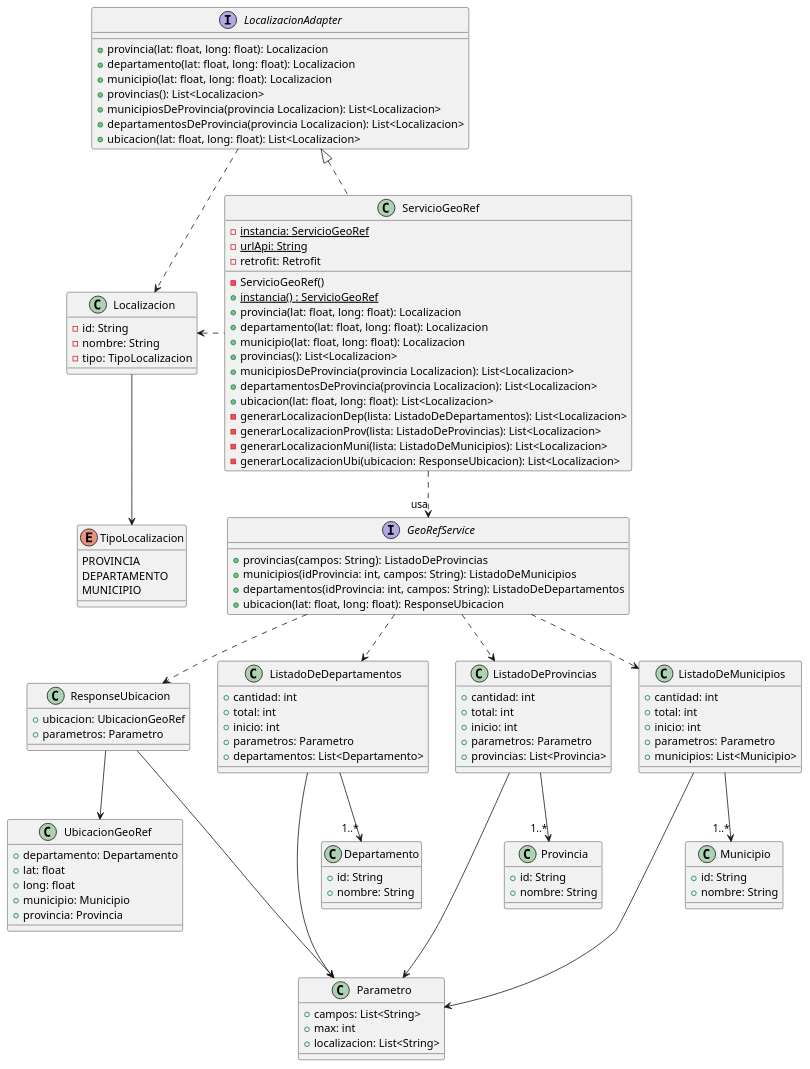
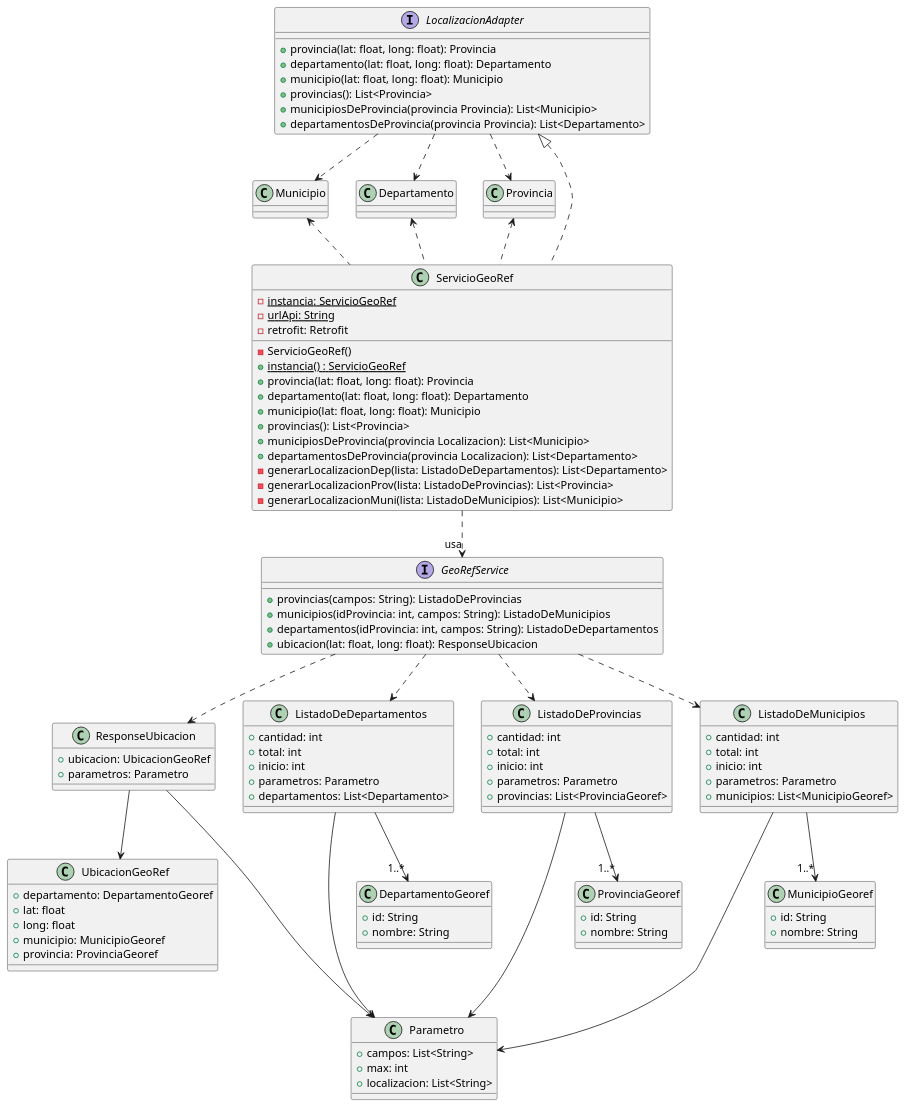
Before and after one commit to mbertogliati/dds-tpa: the diagram in DC/georef.puml, drawn with PlantUML. The commit also changed 4 other files, not shown here.

```diff
--- a/DC/georef.puml
+++ b/DC/georef.puml
@@ -1,129 +1,116 @@
 @startuml
 
 interface LocalizacionAdapter{
-    + provincia(lat: float, long: float): Localizacion
-    + departamento(lat: float, long: float): Localizacion
-    + municipio(lat: float, long: float): Localizacion
-    + provincias(): List<Localizacion>
-    + municipiosDeProvincia(provincia Localizacion): List<Localizacion>
-    + departamentosDeProvincia(provincia Localizacion): List<Localizacion>
-    + ubicacion(lat: float, long: float): List<Localizacion>
+    + provincia(lat: float, long: float): Provincia
+    + departamento(lat: float, long: float): Departamento
+    + municipio(lat: float, long: float): Municipio
+    + provincias(): List<Provincia>
+    + municipiosDeProvincia(provincia Provincia): List<Municipio>
+    + departamentosDeProvincia(provincia Provincia): List<Departamento>
 }
+LocalizacionAdapter ..> Provincia
+LocalizacionAdapter ..> Departamento
+LocalizacionAdapter ..> Municipio
 
 interface GeoRefService{
     + provincias(campos: String): ListadoDeProvincias
     + municipios(idProvincia: int, campos: String): ListadoDeMunicipios
     + departamentos(idProvincia: int, campos: String): ListadoDeDepartamentos
     + ubicacion(lat: float, long: float): ResponseUbicacion
 }
 
 ServicioGeoRef .up.|> LocalizacionAdapter
-LocalizacionAdapter ..> Localizacion
+
+ServicioGeoRef .up.> Provincia
+ServicioGeoRef .up.> Departamento
+ServicioGeoRef .up.> Municipio
 
 class ServicioGeoRef{
     {static} -instancia: ServicioGeoRef
     {static} -urlApi: String
     - retrofit: Retrofit
 
     -ServicioGeoRef()
     {static}+instancia() : ServicioGeoRef
-    + provincia(lat: float, long: float): Localizacion
-    + departamento(lat: float, long: float): Localizacion
-    + municipio(lat: float, long: float): Localizacion
-    +provincias(): List<Localizacion>
-    +municipiosDeProvincia(provincia Localizacion): List<Localizacion>
-    +departamentosDeProvincia(provincia Localizacion): List<Localizacion>
-    +ubicacion(lat: float, long: float): List<Localizacion>
-    -generarLocalizacionDep(lista: ListadoDeDepartamentos): List<Localizacion>
-    -generarLocalizacionProv(lista: ListadoDeProvincias): List<Localizacion>
-    -generarLocalizacionMuni(lista: ListadoDeMunicipios): List<Localizacion>
-    -generarLocalizacionUbi(ubicacion: ResponseUbicacion): List<Localizacion>
+    + provincia(lat: float, long: float): Provincia
+    + departamento(lat: float, long: float): Departamento
+    + municipio(lat: float, long: float): Municipio
+    + provincias(): List<Provincia>
+    + municipiosDeProvincia(provincia Localizacion): List<Municipio>
+    + departamentosDeProvincia(provincia Localizacion): List<Departamento>
+    -generarLocalizacionDep(lista: ListadoDeDepartamentos): List<Departamento>
+    -generarLocalizacionProv(lista: ListadoDeProvincias): List<Provincia>
+    -generarLocalizacionMuni(lista: ListadoDeMunicipios): List<Municipio>
 }
 
 class ResponseUbicacion{
     + ubicacion: UbicacionGeoRef
     + parametros: Parametro
 }
 
 GeoRefService ..> ResponseUbicacion
 ResponseUbicacion --> UbicacionGeoRef
 ResponseUbicacion --> Parametro
 
 class UbicacionGeoRef{
-    + departamento: Departamento
+    + departamento: DepartamentoGeoref
     + lat: float
     + long: float
-    + municipio: Municipio
-    + provincia: Provincia
+    + municipio: MunicipioGeoref
+    + provincia: ProvinciaGeoref
 }
 
 ServicioGeoRef .down.>"usa" GeoRefService
 
 class Parametro{
     + campos: List<String>
     + max: int
     + localizacion: List<String>
 }
 
 class ListadoDeDepartamentos{
     + cantidad: int
     + total: int
     + inicio: int
     + parametros: Parametro
     + departamentos: List<Departamento>
 }
-ListadoDeDepartamentos --> "1..*" Departamento
+ListadoDeDepartamentos --> "1..*" DepartamentoGeoref
 ListadoDeDepartamentos --> Parametro
 ListadoDeProvincias --> Parametro
 ListadoDeMunicipios ---> Parametro
 class ListadoDeProvincias{
     + cantidad: int
     + total: int
     + inicio: int
     + parametros: Parametro
-    + provincias: List<Provincia>
+    + provincias: List<ProvinciaGeoref>
 }
-ListadoDeProvincias --> "1..*" Provincia
+ListadoDeProvincias --> "1..*" ProvinciaGeoref
 class ListadoDeMunicipios{
     + cantidad: int
     + total: int
     + inicio: int
     + parametros: Parametro
-    + municipios: List<Municipio>
+    + municipios: List<MunicipioGeoref>
 }
-ListadoDeMunicipios --> "1..*" Municipio
+ListadoDeMunicipios --> "1..*" MunicipioGeoref
 
-class Departamento{
+class DepartamentoGeoref{
     +id: String
     +nombre: String
 }
-class Provincia{
+class ProvinciaGeoref{
     +id: String
     +nombre: String
 }
-class Municipio{
+class MunicipioGeoref{
     +id: String
     +nombre: String
 }
 
 GeoRefService ..> ListadoDeDepartamentos
 GeoRefService ..> ListadoDeProvincias
 GeoRefService ..> ListadoDeMunicipios
 
-ServicioGeoRef .left.> Localizacion
-
-class Localizacion{
-    -id: String
-    -nombre: String
-    -tipo: TipoLocalizacion
-}
-
-Localizacion --> TipoLocalizacion
-
-enum TipoLocalizacion{
-    PROVINCIA
-    DEPARTAMENTO
-    MUNICIPIO
-}
-
 @enduml
```
